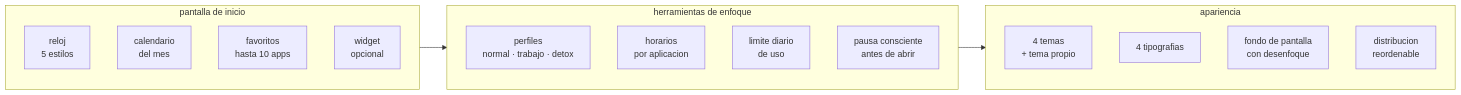
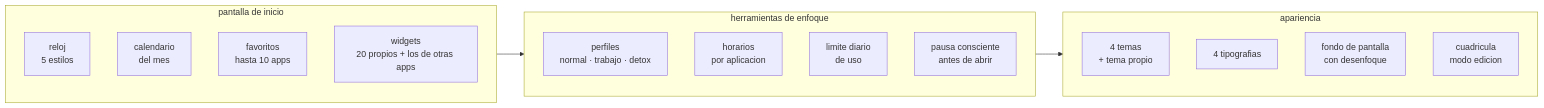
The diagram in documentation/es/usuarios/01-que-es-focusphone.md (rezzt-dev/focusphone-app), drawn with Mermaid before and after one commit. The commit also changed other lines of this file and 42 other files, not shown here.

````diff
--- a/documentation/es/usuarios/01-que-es-focusphone.md
+++ b/documentation/es/usuarios/01-que-es-focusphone.md
@@ -97,25 +97,25 @@
 ```mermaid
 flowchart LR
     subgraph PANTALLA["pantalla de inicio"]
         A1["reloj<br>5 estilos"]
         A2["calendario<br>del mes"]
         A3["favoritos<br>hasta 10 apps"]
-        A4["widget<br>opcional"]
+        A4["widgets<br>20 propios + los de otras apps"]
     end
 
     subgraph ENFOQUE["herramientas de enfoque"]
         B1["perfiles<br>normal · trabajo · detox"]
         B2["horarios<br>por aplicacion"]
         B3["limite diario<br>de uso"]
         B4["pausa consciente<br>antes de abrir"]
     end
 
     subgraph ASPECTO["apariencia"]
         C1["4 temas<br>+ tema propio"]
         C2["4 tipografias"]
         C3["fondo de pantalla<br>con desenfoque"]
-        C4["distribucion<br>reordenable"]
+        C4["cuadricula<br>modo edicion"]
     end
 
     PANTALLA --> ENFOQUE --> ASPECTO
 ```
````
